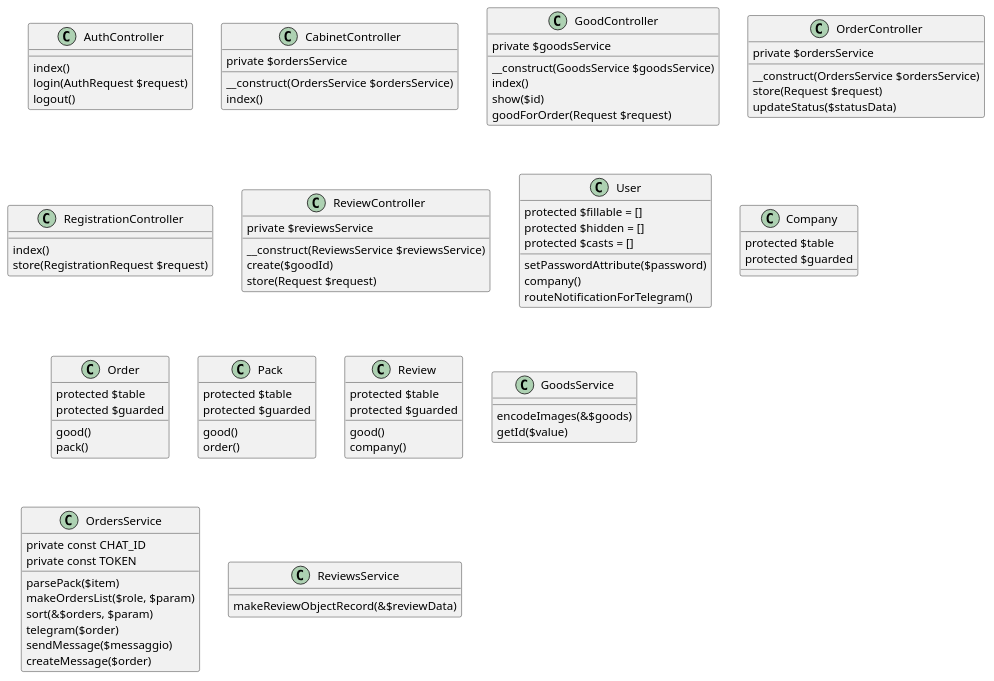
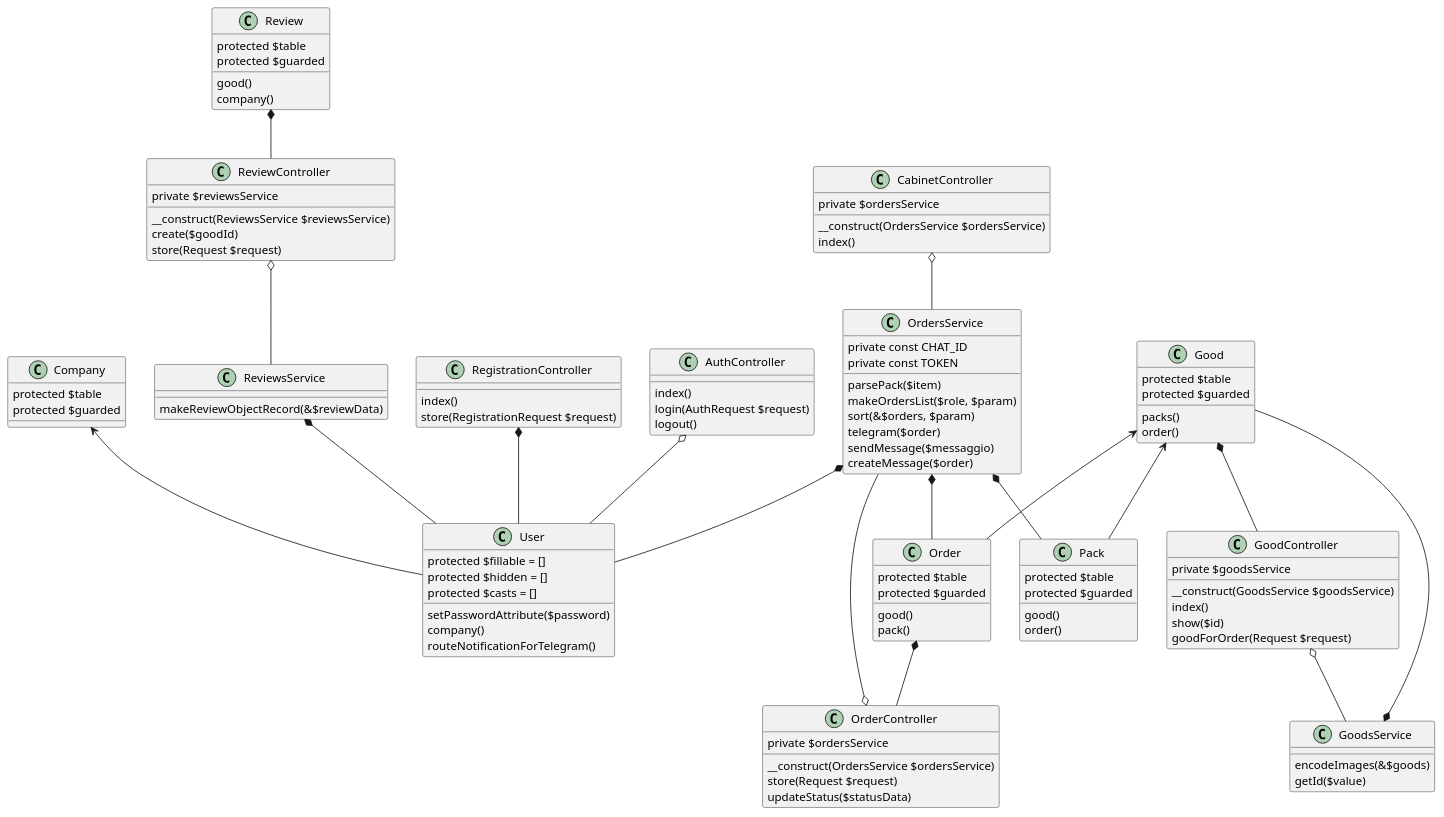
One commit to VladislavPanda/sugarFactory changed the diagram in classes.wsd. Above: the diagram before and after it, drawn with PlantUML. The commit also changed 108 other files, not shown here.

```diff
--- a/classes.wsd
+++ b/classes.wsd
@@ -1,110 +1,137 @@
 @startuml SUGARFACTORY
+
+class RegistrationController{
+    
+    index()
+    store(RegistrationRequest $request)
+}
+
 class AuthController{
 
     index()
     login(AuthRequest $request)
     logout()
+}
+
+class User{
+    protected $fillable = []
+    protected $hidden = []
+    protected $casts = []
+
+    setPasswordAttribute($password)
+    company()
+    routeNotificationForTelegram()
+}
+
+class Company{
+    protected $table
+    protected $guarded
 }
 
 class CabinetController{
 
     private $ordersService
 
     __construct(OrdersService $ordersService)
     index()
 }
 
 class GoodController{
 
     private $goodsService
 
     __construct(GoodsService $goodsService)
     index()
     show($id)
     goodForOrder(Request $request)
 }
 
-class OrderController{
-    private $ordersService
+class GoodsService{
 
-    __construct(OrdersService $ordersService)
-    store(Request $request)
-    updateStatus($statusData)
+    encodeImages(&$goods)
+    getId($value)
 }
 
-class RegistrationController{
-    
-    index()
-    store(RegistrationRequest $request)
-}
-
-class ReviewController{
-    private $reviewsService
-
-    __construct(ReviewsService $reviewsService)
-    create($goodId)
-    store(Request $request)
-}
-
-class User{
-    protected $fillable = []
-    protected $hidden = []
-    protected $casts = []
-
-    setPasswordAttribute($password)
-    company()
-    routeNotificationForTelegram()
-}
-
-class Company{
-    protected $table
-    protected $guarded
-}
-
-class Order{
+class Good{
     protected $table
     protected $guarded
 
-    good()
-    pack()
+    packs()
+    order()
 }
 
 class Pack{
     protected $table
     protected $guarded
 
     good()
     order()
 }
 
-class Review{
-    protected $table
-    protected $guarded
+class OrderController{
+    private $ordersService
 
-    good()
-    company()
-}
-
-class GoodsService{
-
-    encodeImages(&$goods)
-    getId($value)
+    __construct(OrdersService $ordersService)
+    store(Request $request)
+    updateStatus($statusData)
 }
 
 class OrdersService{
     private const CHAT_ID
     private const TOKEN
 
     parsePack($item)
     makeOrdersList($role, $param)
     sort(&$orders, $param)
     telegram($order)
     sendMessage($messaggio)
     createMessage($order)
 }
 
+class Order{
+    protected $table
+    protected $guarded
+
+    good()
+    pack()
+}
+
+class ReviewController{
+    private $reviewsService
+
+    __construct(ReviewsService $reviewsService)
+    create($goodId)
+    store(Request $request)
+}
+
+class Review{
+    protected $table
+    protected $guarded
+
+    good()
+    company()
+}
+
 class ReviewsService{
     makeReviewObjectRecord(&$reviewData)
 }
 
+OrderController o-- OrdersService
+GoodController o-- GoodsService
+ReviewController o-- ReviewsService
+CabinetController o-- OrdersService
+Order *-- OrderController
+Good *-- GoodController
+Review *-- ReviewController
+GoodsService *-- Good
+OrdersService *-- Order
+OrdersService *-- Pack
+OrdersService *-- User
+ReviewsService *-- User
+Good <-- Pack
+Good <-- Order
+Company <-- User
+AuthController o-- User
+RegistrationController *-- User
+
 @enduml
```
